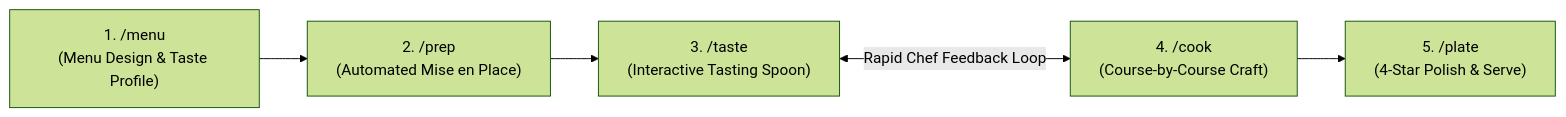
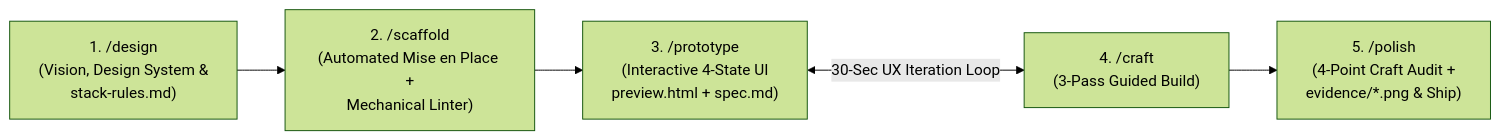
The diagram in README.md (jericojuegos/shikamaru-kitchen), drawn with Mermaid (forest theme) before and after one commit. The commit also changed other lines of this file and 24 other files, not shown here.

Commit message:
refactor: upgrade lifecycle to professional software-craft commands (/design -> /scaffold -> /prototype -> /craft -> /polish) and docs/specs/<NN>/spec.md

````diff
--- a/README.md
+++ b/README.md
@@ -24,7 +24,7 @@
 ```mermaid
 flowchart LR
-    A["1. /menu\n(Menu Design & Taste Profile)"] --> B["2. /prep\n(Automated Mise en Place)"]
-    B --> C["3. /taste\n(Interactive Tasting Spoon)"]
-    C <-->|"Rapid Chef Feedback Loop"| D["4. /cook\n(Course-by-Course Craft)"]
-    D --> E["5. /plate\n(4-Star Polish & Serve)"]
+    A["1. /design\n(Vision, Design System &\nstack-rules.md)"] --> B["2. /scaffold\n(Automated Mise en Place +\nMechanical Linter)"]
+    B --> C["3. /prototype\n(Interactive 4-State UI\npreview.html + spec.md)"]
+    C <-->|"30-Sec UX Iteration Loop"| D["4. /craft\n(3-Pass Guided Build)"]
+    D --> E["5. /polish\n(4-Point Craft Audit +\nevidence/*.png & Ship)"]
 ```
````
